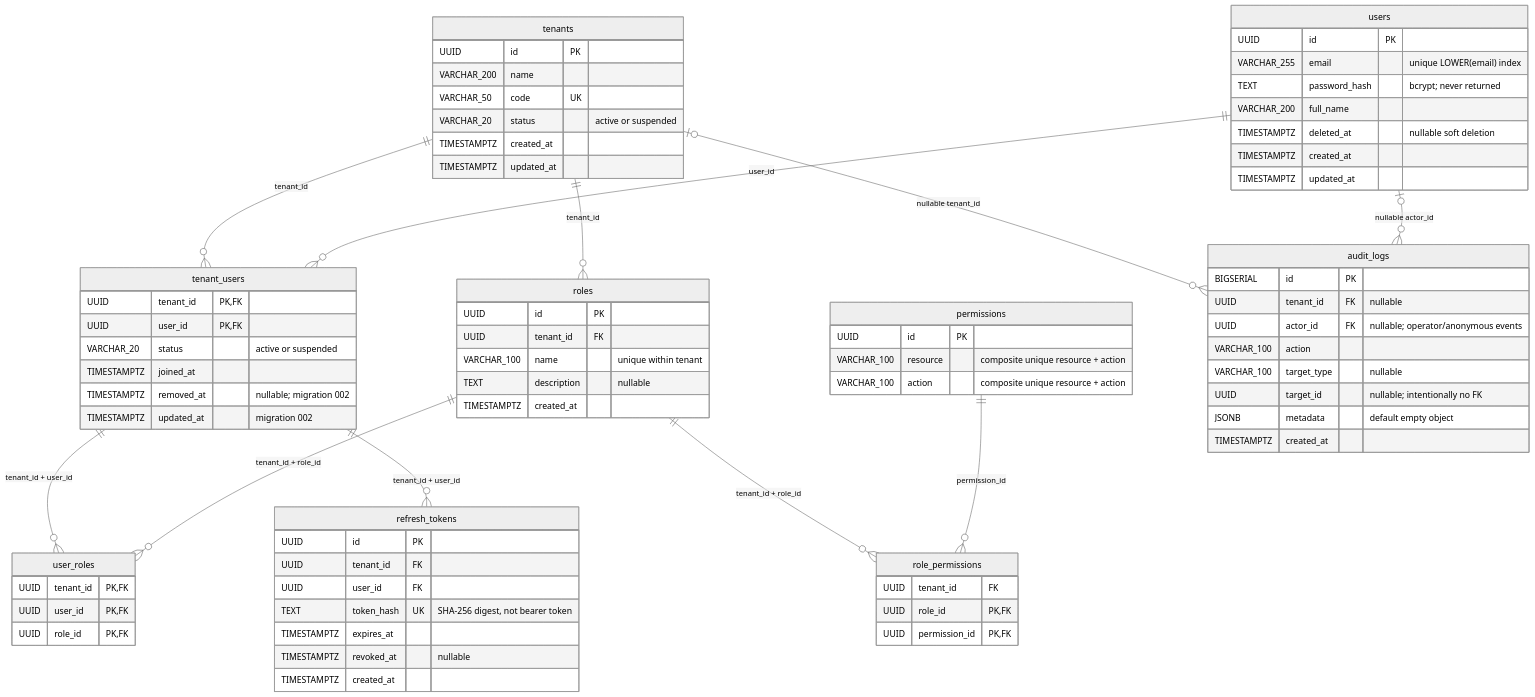
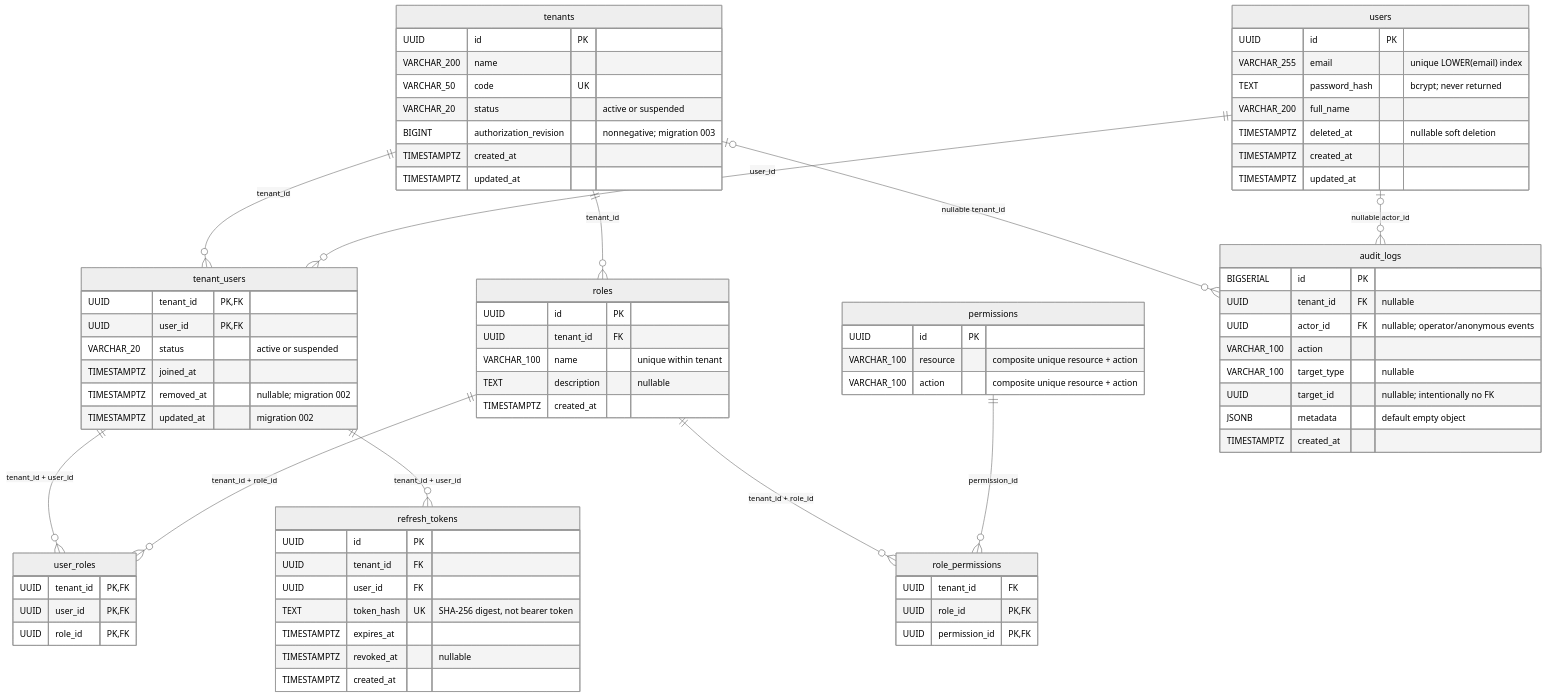
Before and after one commit to uttamsh/multitenant-user-management: the diagram in docs/erd.md, drawn with Mermaid (neutral theme). The commit also changed other lines of this file and 11 other files, not shown here.

````diff
--- a/docs/erd.md
+++ b/docs/erd.md
@@ -8,80 +9,81 @@
 ```mermaid
 erDiagram
     tenants ||--o{ tenant_users : "tenant_id"
     users ||--o{ tenant_users : "user_id"
     tenants ||--o{ roles : "tenant_id"
     roles ||--o{ role_permissions : "tenant_id + role_id"
     permissions ||--o{ role_permissions : "permission_id"
     tenant_users ||--o{ user_roles : "tenant_id + user_id"
     roles ||--o{ user_roles : "tenant_id + role_id"
     tenant_users ||--o{ refresh_tokens : "tenant_id + user_id"
     tenants o|--o{ audit_logs : "nullable tenant_id"
     users o|--o{ audit_logs : "nullable actor_id"
 
     tenants {
         UUID id PK
         VARCHAR_200 name
         VARCHAR_50 code UK
         VARCHAR_20 status "active or suspended"
+        BIGINT authorization_revision "nonnegative; migration 003"
         TIMESTAMPTZ created_at
         TIMESTAMPTZ updated_at
     }
     users {
         UUID id PK
         VARCHAR_255 email "unique LOWER(email) index"
         TEXT password_hash "bcrypt; never returned"
         VARCHAR_200 full_name
         TIMESTAMPTZ deleted_at "nullable soft deletion"
         TIMESTAMPTZ created_at
         TIMESTAMPTZ updated_at
     }
     tenant_users {
         UUID tenant_id PK, FK
         UUID user_id PK, FK
         VARCHAR_20 status "active or suspended"
         TIMESTAMPTZ joined_at
         TIMESTAMPTZ removed_at "nullable; migration 002"
         TIMESTAMPTZ updated_at "migration 002"
     }
     roles {
         UUID id PK
         UUID tenant_id FK
         VARCHAR_100 name "unique within tenant"
         TEXT description "nullable"
         TIMESTAMPTZ created_at
     }
     permissions {
         UUID id PK
         VARCHAR_100 resource "composite unique resource + action"
         VARCHAR_100 action "composite unique resource + action"
     }
     role_permissions {
         UUID tenant_id FK
         UUID role_id PK, FK
         UUID permission_id PK, FK
     }
     user_roles {
         UUID tenant_id PK, FK
         UUID user_id PK, FK
         UUID role_id PK, FK
     }
     refresh_tokens {
         UUID id PK
         UUID tenant_id FK
         UUID user_id FK
         TEXT token_hash UK "SHA-256 digest, not bearer token"
         TIMESTAMPTZ expires_at
         TIMESTAMPTZ revoked_at "nullable"
         TIMESTAMPTZ created_at
     }
     audit_logs {
         BIGSERIAL id PK
         UUID tenant_id FK "nullable"
         UUID actor_id FK "nullable; operator/anonymous events"
         VARCHAR_100 action
         VARCHAR_100 target_type "nullable"
         UUID target_id "nullable; intentionally no FK"
         JSONB metadata "default empty object"
         TIMESTAMPTZ created_at
     }
 ```
````
